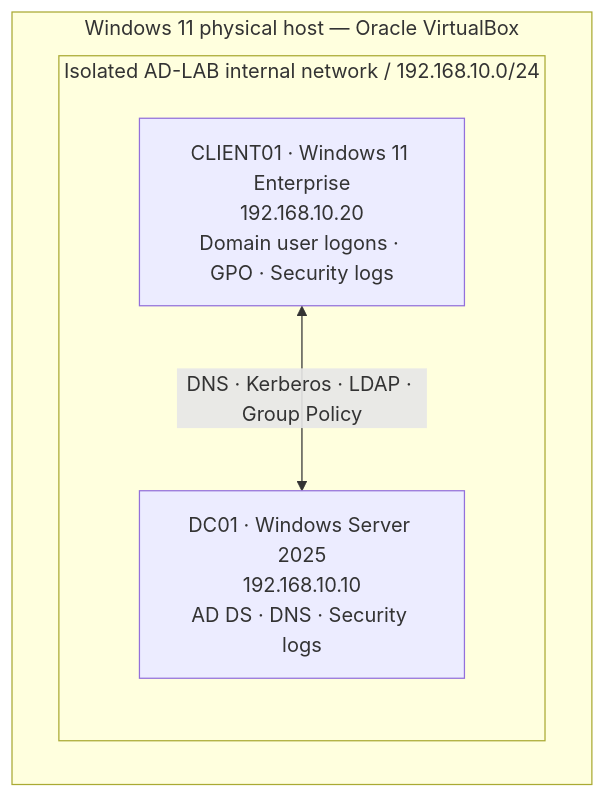
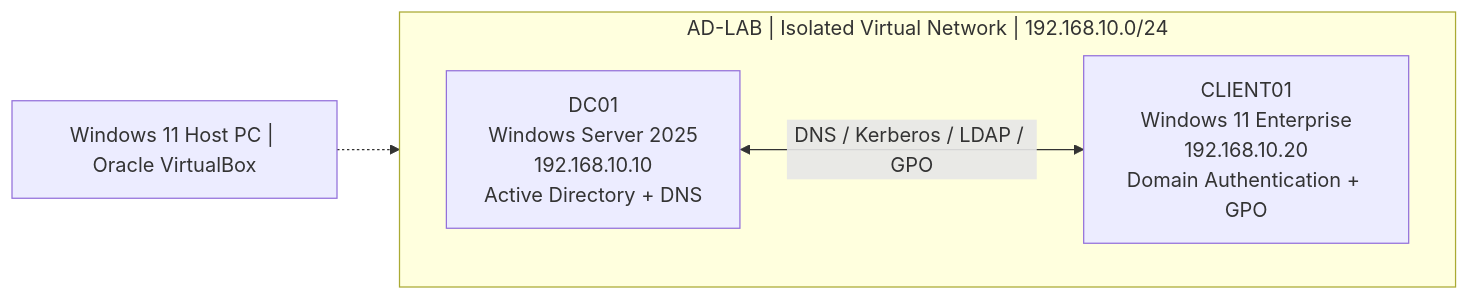
One commit to SemihE72345/active-directory-home-lab changed the diagram in README.md. Above: the diagram before and after it, drawn with Mermaid. The commit also changed other lines of this file, not shown here.

Commit message:
Improve network architecture diagram layout on README.md

````diff
--- a/README.md
+++ b/README.md
@@ -23,10 +23,11 @@
 ```mermaid
-flowchart TD
-    subgraph HOST[Windows 11 physical host — Oracle VirtualBox]
-      subgraph LAB[Isolated AD-LAB internal network / 192.168.10.0/24]
-        DC["DC01 · Windows Server 2025<br/>192.168.10.10<br/>AD DS · DNS · Security logs"]
-        CL["CLIENT01 · Windows 11 Enterprise<br/>192.168.10.20<br/>Domain user logons · GPO · Security logs"]
-        CL <-->|"DNS · Kerberos · LDAP · Group Policy"| DC
-      end
+flowchart LR
+    subgraph LAB["AD-LAB | Isolated Virtual Network | 192.168.10.0/24"]
+        direction LR
+        DC["DC01<br/>Windows Server 2025<br/>192.168.10.10<br/>Active Directory + DNS"]
+        CLIENT["CLIENT01<br/>Windows 11 Enterprise<br/>192.168.10.20<br/>Domain Authentication + GPO"]
+        DC <-->|"DNS / Kerberos / LDAP / GPO"| CLIENT
     end
+
+    HOST["Windows 11 Host PC | Oracle VirtualBox"] -.-> LAB
 ```
````
